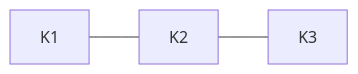
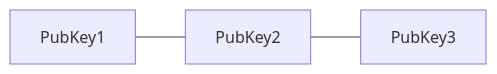
The third of 5 diagrams in rust/rbac-registration/examples.md (input-output-hk/catalyst-libs), drawn with Mermaid before and after one commit. The commit also changed other lines of this file, not shown here.

````diff
--- a/rust/rbac-registration/examples.md
+++ b/rust/rbac-registration/examples.md
@@ -43,4 +47,4 @@
 ```mermaid
 flowchart LR
-    Root[K1] --- R1[K2] --- R2[K3]
+    Root[PubKey1] --- R1[PubKey2] --- R2[PubKey3]
 ```
````
